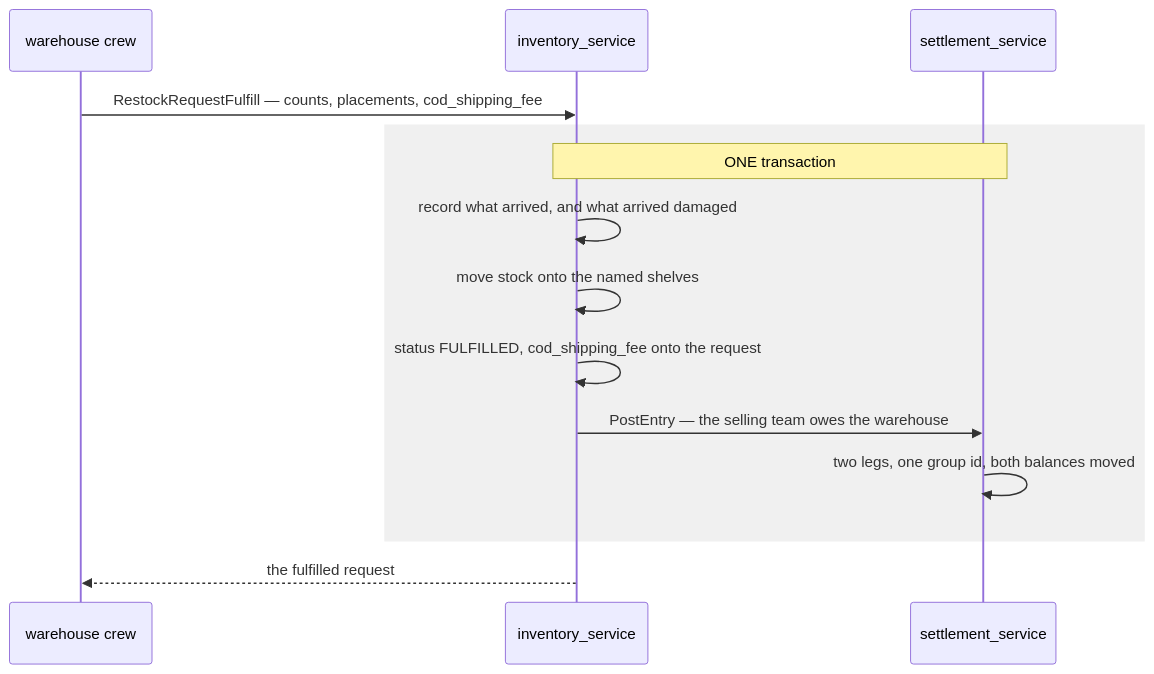
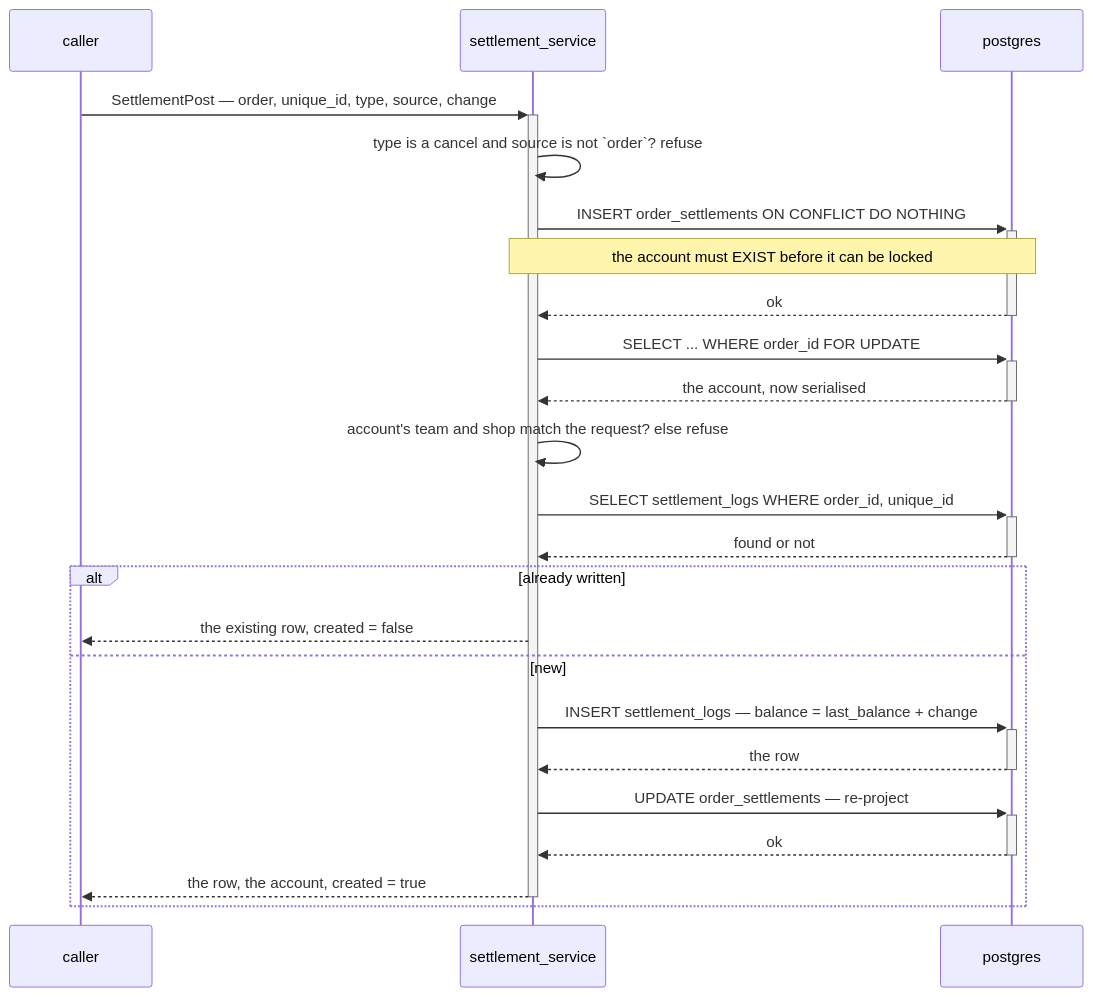
The first of 2 diagrams in docs/services/settlement_service/rpc.md (pdcgo/warehouse_revamp), drawn with Mermaid before and after one commit. The commit also changed other lines of this file and 221 other files, not shown here.

````diff
--- a/docs/services/settlement_service/rpc.md
+++ b/docs/services/settlement_service/rpc.md
@@ -10,17 +28,26 @@
 ```mermaid
 sequenceDiagram
-    participant W as warehouse crew
-    participant I as inventory_service
-    participant S as settlement_service
+  participant C as caller
+  participant S as settlement_service
+  participant DB as postgres
 
-    W->>I: RestockRequestFulfill — counts, placements, cod_shipping_fee
-    rect rgb(240, 240, 240)
-        Note over I,S: ONE transaction
-        I->>I: record what arrived, and what arrived damaged
-        I->>I: move stock onto the named shelves
-        I->>I: status FULFILLED, cod_shipping_fee onto the request
-        I->>S: PostEntry — the selling team owes the warehouse
-        S->>S: two legs, one group id, both balances moved
-    end
-    I-->>W: the fulfilled request
+  C->>+S: SettlementPost — order, unique_id, type, source, change
+  S->>S: type is a cancel and source is not `order`? refuse
+  S->>+DB: INSERT order_settlements ON CONFLICT DO NOTHING
+  Note over S,DB: the account must EXIST before it can be locked
+  DB-->>-S: ok
+  S->>+DB: SELECT ... WHERE order_id FOR UPDATE
+  DB-->>-S: the account, now serialised
+  S->>S: account's team and shop match the request? else refuse
+  S->>+DB: SELECT settlement_logs WHERE order_id, unique_id
+  DB-->>-S: found or not
+  alt already written
+    S-->>C: the existing row, created = false
+  else new
+    S->>+DB: INSERT settlement_logs — balance = last_balance + change
+    DB-->>-S: the row
+    S->>+DB: UPDATE order_settlements — re-project
+    DB-->>-S: ok
+    S-->>-C: the row, the account, created = true
+  end
 ```
````
